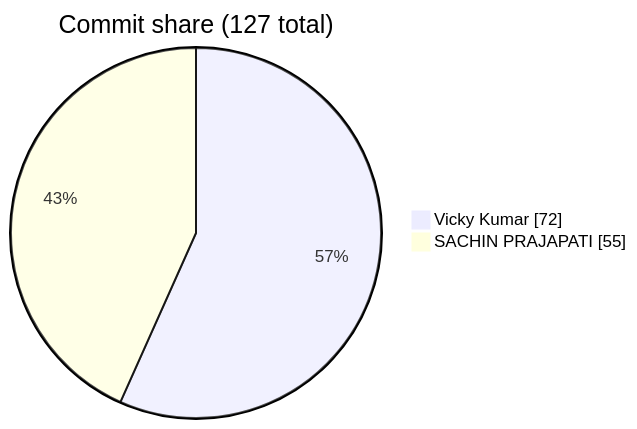
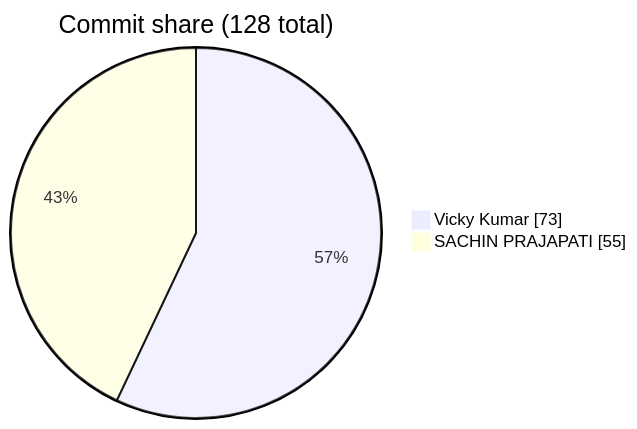
One commit to FiscalMindset/Clipo changed the seventh of 7 diagrams in README.md. Above: the diagram before and after it, drawn with Mermaid. The commit also changed 1 other file, not shown here.

Commit message:
docs(readme): auto-update contributor stats and star history

````diff
--- a/README.md
+++ b/README.md
@@ -752,5 +752,5 @@
 ```mermaid
-pie showData title Commit share (127 total)
-    "Vicky Kumar" : 72
+pie showData title Commit share (128 total)
+    "Vicky Kumar" : 73
     "SACHIN PRAJAPATI" : 55
 ```
````
